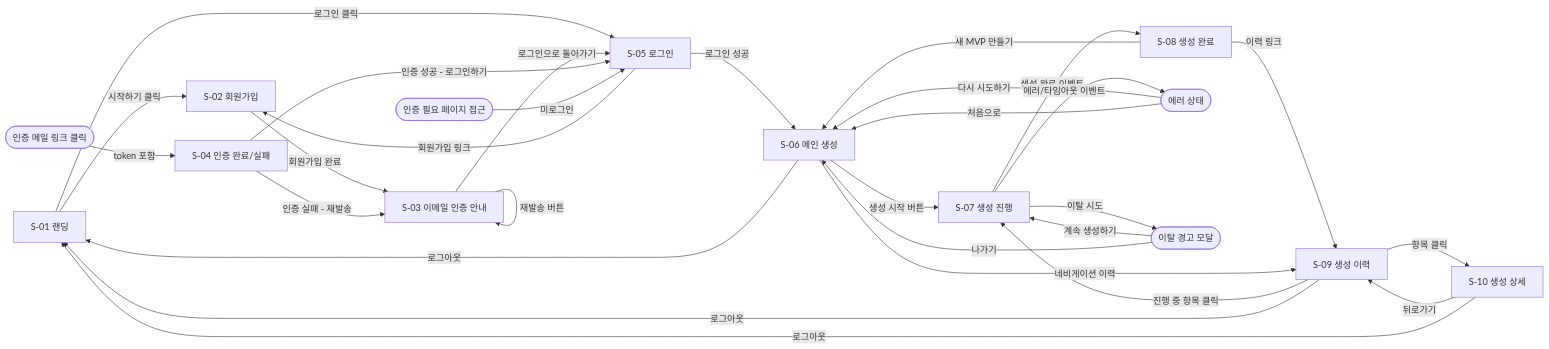
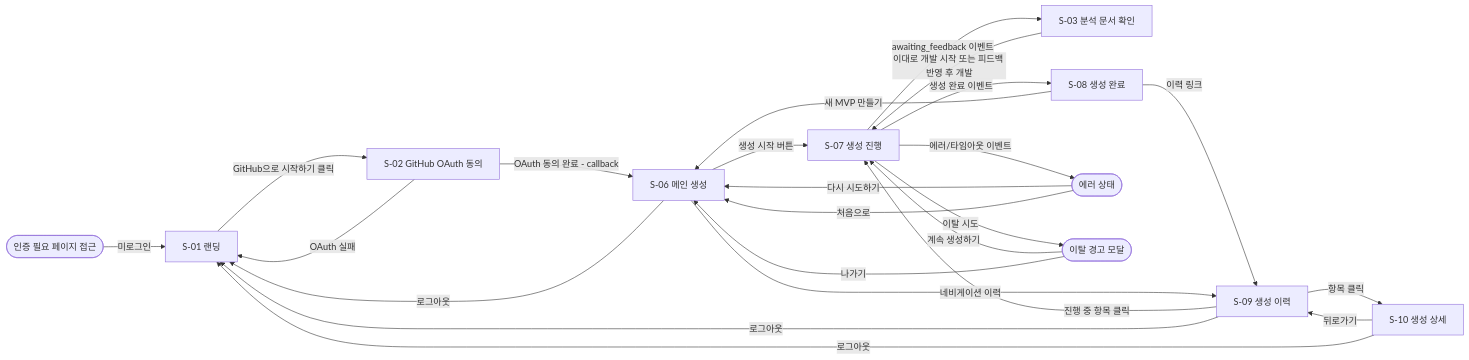
The diagram in docs/wireframe.md (Gomdadi/mvp-builder), drawn with Mermaid before and after one commit. The commit also changed other lines of this file and 12 other files, not shown here.

````diff
--- a/docs/wireframe.md
+++ b/docs/wireframe.md
@@ -459,39 +424,31 @@
 ```mermaid
 graph LR
-    S01[S-01 랜딩] -->|시작하기 클릭| S02[S-02 회원가입]
-    S01 -->|로그인 클릭| S05[S-05 로그인]
-
-    S02 -->|회원가입 완료| S03[S-03 이메일 인증 안내]
-    S03 -->|재발송 버튼| S03
-    S03 -->|로그인으로 돌아가기| S05
-
-    EMAIL([인증 메일 링크 클릭]) -->|token 포함| S04[S-04 인증 완료/실패]
-    S04 -->|인증 성공 - 로그인하기| S05
-    S04 -->|인증 실패 - 재발송| S03
-
-    S05 -->|로그인 성공| S06[S-06 메인 생성]
-    S05 -->|회원가입 링크| S02
+    S01[S-01 랜딩] -->|GitHub으로 시작하기 클릭| S02[S-02 GitHub OAuth 동의]
+    S02 -->|OAuth 동의 완료 - callback| S06[S-06 메인 생성]
+    S02 -->|OAuth 실패| S01
 
     S06 -->|생성 시작 버튼| S07[S-07 생성 진행]
+    S07 -->|awaiting_feedback 이벤트| S03[S-03 분석 문서 확인]
+    S03 -->|이대로 개발 시작 또는 피드백 반영 후 개발| S07
     S07 -->|생성 완료 이벤트| S08[S-08 생성 완료]
     S07 -->|에러/타임아웃 이벤트| ERR([에러 상태])
     ERR -->|다시 시도하기| S06
     ERR -->|처음으로| S06
     S07 -->|이탈 시도| MODAL([이탈 경고 모달])
     MODAL -->|계속 생성하기| S07
     MODAL -->|나가기| S06
 
     S08 -->|새 MVP 만들기| S06
     S08 -->|이력 링크| S09
 
     S06 -->|네비게이션 이력| S09[S-09 생성 이력]
     S09 -->|항목 클릭| S10[S-10 생성 상세]
     S09 -->|진행 중 항목 클릭| S07
     S10 -->|뒤로가기| S09
 
     S06 -->|로그아웃| S01
     S09 -->|로그아웃| S01
     S10 -->|로그아웃| S01
 
-    AUTH_REQUIRED([인증 필요 페이지 접근]) -->|미로그인| S05
+    AUTH_REQUIRED([인증 필요 페이지 접근]) -->|미로그인| S01
 ```
````
